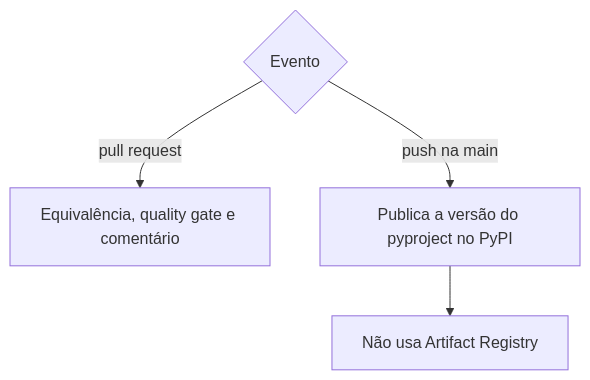
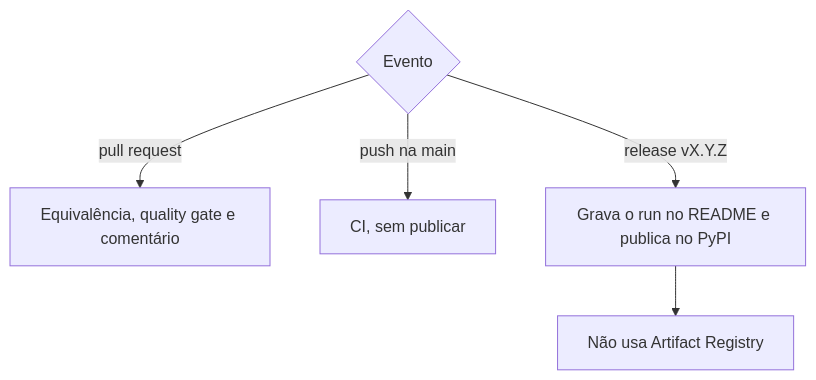
The third of 3 diagrams in docs/publicacao-flow.md (garusocruz/calculadora-rtc-simples-nacional), drawn with Mermaid before and after one commit. The commit also changed other lines of this file and 11 other files, not shown here.

````diff
--- a/docs/publicacao-flow.md
+++ b/docs/publicacao-flow.md
@@ -61,7 +56,8 @@
 ```mermaid
 flowchart TD
   evento{Evento}
   evento -->|pull request| semPacote[Equivalência, quality gate e comentário]
-  evento -->|push na main| producao[Publica a versão do pyproject no PyPI]
+  evento -->|push na main| ci[CI, sem publicar]
+  evento -->|release vX.Y.Z| producao[Grava o run no README e publica no PyPI]
   producao --> registry[Não usa Artifact Registry]
 ```
````
